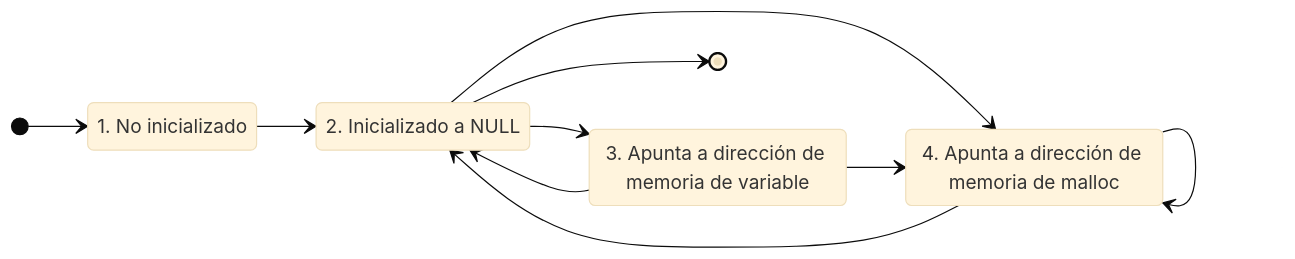
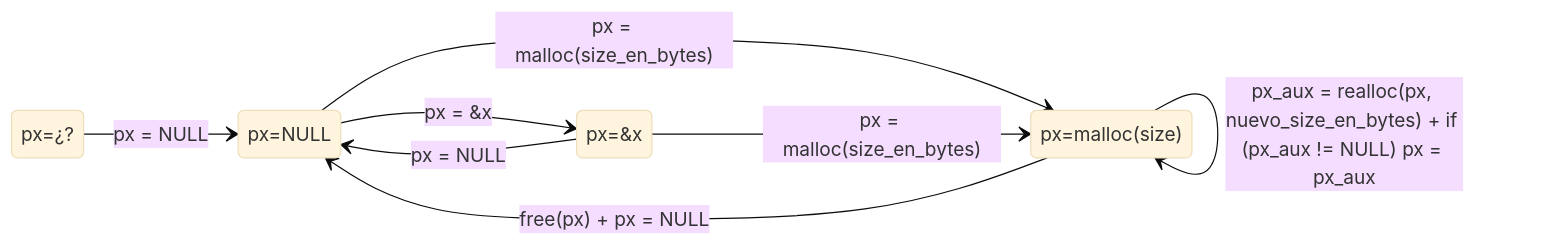
The diagram in c-lab.md (acaldero/uc3m_c), drawn with Mermaid (base theme) before and after one commit. The commit also changed other lines of this file, not shown here.

````diff
--- a/c-lab.md
+++ b/c-lab.md
@@ -211,18 +211,16 @@
 ```mermaid
 stateDiagram-v2
     direction LR
-    state "1. No inicializado"                            as px_xx
-    state "2. Inicializado a NULL"                        as px_null
-    state "3. Apunta a dirección de memoria de variable"  as px_atx
-    state "4. Apunta a dirección de memoria de malloc"    as px_alloc
+    state "px=¿?"              as px_xx
+    state "px=NULL"            as px_null
+    state "px=&x"              as px_atx
+    state "px=malloc(size)"    as px_alloc
 
-    [*]       --> px_xx
-    px_xx     --> px_null
-    px_null   --> px_atx
-    px_atx    --> px_null
-    px_null   --> px_alloc
-    px_alloc  --> px_null
-    px_alloc  --> px_alloc
-    px_atx    --> px_alloc
-    px_null   --> [*]
+    px_xx     --> px_null:  px = NULL
+    px_null   --> px_atx:   px = &x
+    px_atx    --> px_null:  px = NULL
+    px_null   --> px_alloc: px = malloc(size_en_bytes)
+    px_alloc  --> px_null:  free(px) + px = NULL
+    px_alloc  --> px_alloc: px_aux = realloc(px, nuevo_size_en_bytes) + if (px_aux != NULL) px = px_aux
+    px_atx    --> px_alloc: px = malloc(size_en_bytes)
 ```
````
